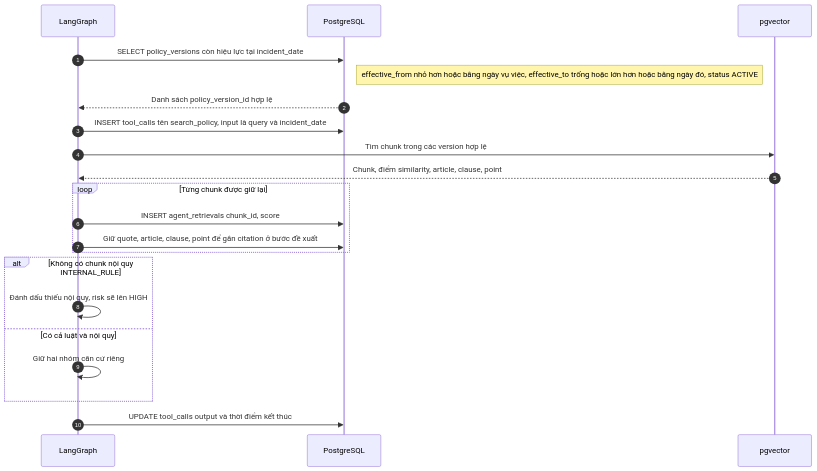
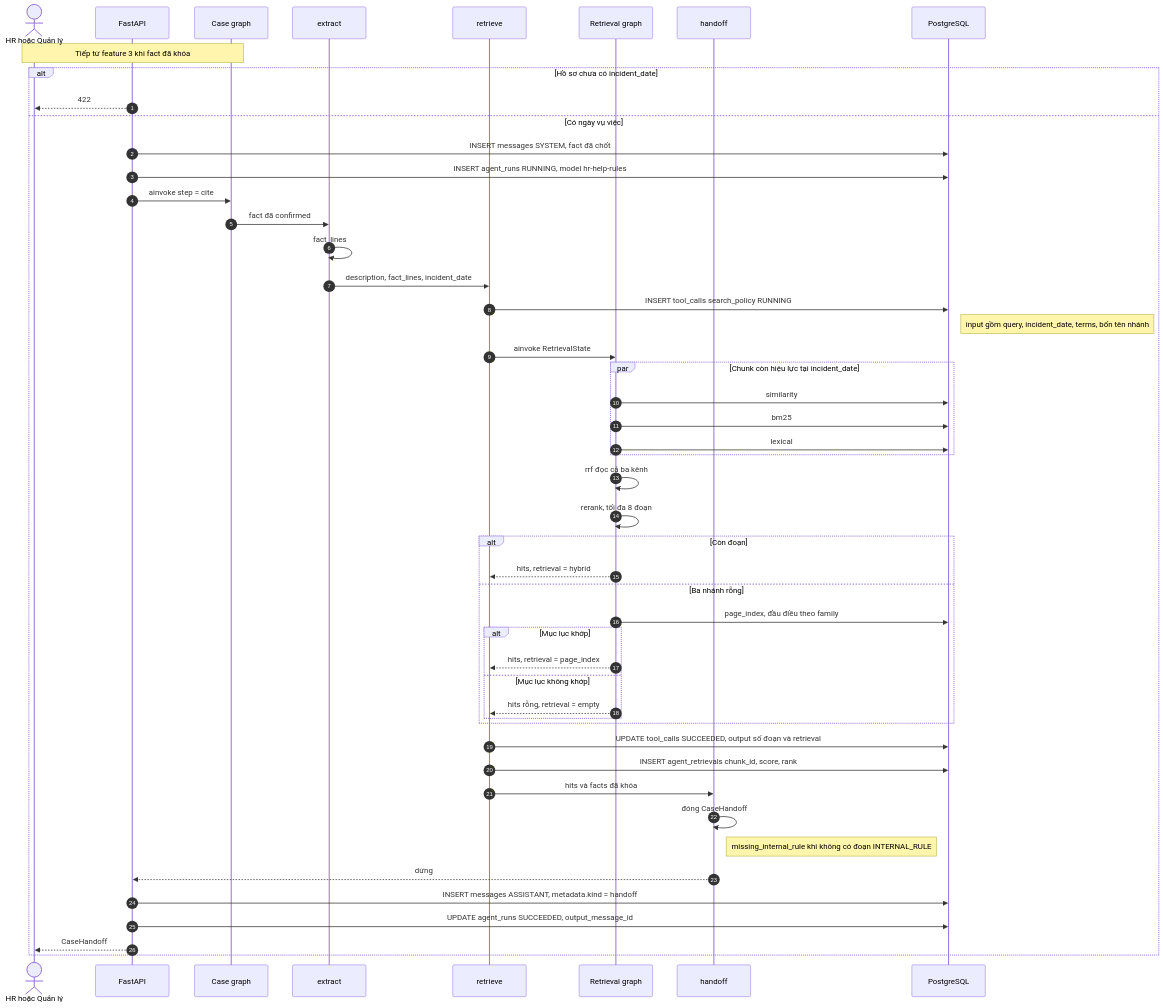
The seventh of 15 diagrams in docs/features/features.md (Tuan-Nguyen-Minhh/HRHelp), drawn with Mermaid before and after one commit. The commit also changed other lines of this file and 70 other files, not shown here.

Commit message:
feat(init): Add initial module docstrings for case handling and retrieval features

````diff
--- a/docs/features/features.md
+++ b/docs/features/features.md
@@ -322,24 +374,53 @@
 ```mermaid
 sequenceDiagram
     autonumber
-    participant AG as LangGraph
+    actor HR as HR hoặc Quản lý
+    participant API as FastAPI
+    participant CG as Case graph
+    participant EX as extract
+    participant RET as retrieve
+    participant RG as Retrieval graph
+    participant HO as handoff
     participant DB as PostgreSQL
-    participant VS as pgvector
 
-    AG->>DB: SELECT policy_versions còn hiệu lực tại incident_date
-    Note right of DB: effective_from nhỏ hơn hoặc bằng ngày vụ việc, effective_to trống hoặc lớn hơn hoặc bằng ngày đó, status ACTIVE
-    DB-->>AG: Danh sách policy_version_id hợp lệ
-    AG->>DB: INSERT tool_calls tên search_policy, input là query và incident_date
-    AG->>VS: Tìm chunk trong các version hợp lệ
-    VS-->>AG: Chunk, điểm similarity, article, clause, point
-    loop Từng chunk được giữ lại
-        AG->>DB: INSERT agent_retrievals chunk_id, score
-        AG->>DB: Giữ quote, article, clause, point để gắn citation ở bước đề xuất
+    Note over HR,CG: Tiếp từ feature 3 khi fact đã khóa
+    alt Hồ sơ chưa có incident_date
+        API-->>HR: 422
+    else Có ngày vụ việc
+        API->>DB: INSERT messages SYSTEM, fact đã chốt
+        API->>DB: INSERT agent_runs RUNNING, model hr-help-rules
+        API->>CG: ainvoke step = cite
+        CG->>EX: fact đã confirmed
+        EX->>EX: fact_lines
+        EX->>RET: description, fact_lines, incident_date
+        RET->>DB: INSERT tool_calls search_policy RUNNING
+        Note right of DB: input gồm query, incident_date, terms, bốn tên nhánh
+        RET->>RG: ainvoke RetrievalState
+        par Chunk còn hiệu lực tại incident_date
+            RG->>DB: similarity
+            RG->>DB: bm25
+            RG->>DB: lexical
+        end
+        RG->>RG: rrf đọc cả ba kênh
+        RG->>RG: rerank, tối đa 8 đoạn
+        alt Còn đoạn
+            RG-->>RET: hits, retrieval = hybrid
+        else Ba nhánh rỗng
+            RG->>DB: page_index, đầu điều theo family
+            alt Mục lục khớp
+                RG-->>RET: hits, retrieval = page_index
+            else Mục lục không khớp
+                RG-->>RET: hits rỗng, retrieval = empty
+            end
+        end
+        RET->>DB: UPDATE tool_calls SUCCEEDED, output số đoạn và retrieval
+        RET->>DB: INSERT agent_retrievals chunk_id, score, rank
+        RET->>HO: hits và facts đã khóa
+        HO->>HO: đóng CaseHandoff
+        Note right of HO: missing_internal_rule khi không có đoạn INTERNAL_RULE
+        HO-->>API: dừng
+        API->>DB: INSERT messages ASSISTANT, metadata.kind = handoff
+        API->>DB: UPDATE agent_runs SUCCEEDED, output_message_id
+        API-->>HR: CaseHandoff
     end
-    alt Không có chunk nội quy INTERNAL_RULE
-        AG->>AG: Đánh dấu thiếu nội quy, risk sẽ lên HIGH
-    else Có cả luật và nội quy
-        AG->>AG: Giữ hai nhóm căn cứ riêng
-    end
-    AG->>DB: UPDATE tool_calls output và thời điểm kết thúc
 ```
````
